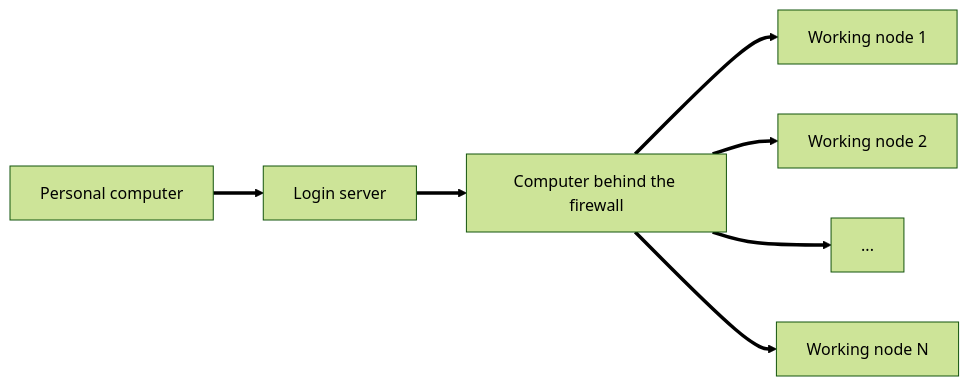
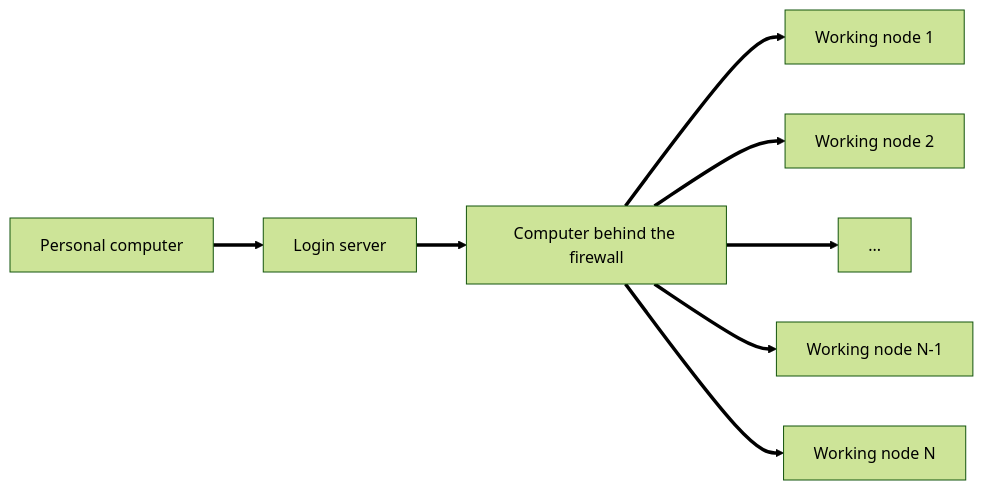
Before and after one commit to abilandz/NAT3054: diagram 12 of 21 in Lecture_2/git.md, drawn with Mermaid (forest theme). The commit also changed other lines of this file, not shown here.

````diff
--- a/Lecture_2/git.md
+++ b/Lecture_2/git.md
@@ -913,14 +913,16 @@
 ```mermaid	
 flowchart LR
     personal["Personal computer"]
     login["Login server"]
     firewall["Computer behind the firewall"]
     node_1["Working node 1"]
     node_2["Working node 2"]
     node_["..."]
+    node_N_1["Working node N-1"]
     node_N["Working node N"]
     personal ==> login ==> firewall ==> node_1
     firewall ==> node_2
     firewall ==> node_
+    firewall ==> node_N_1
     firewall ==> node_N
 ```
````
